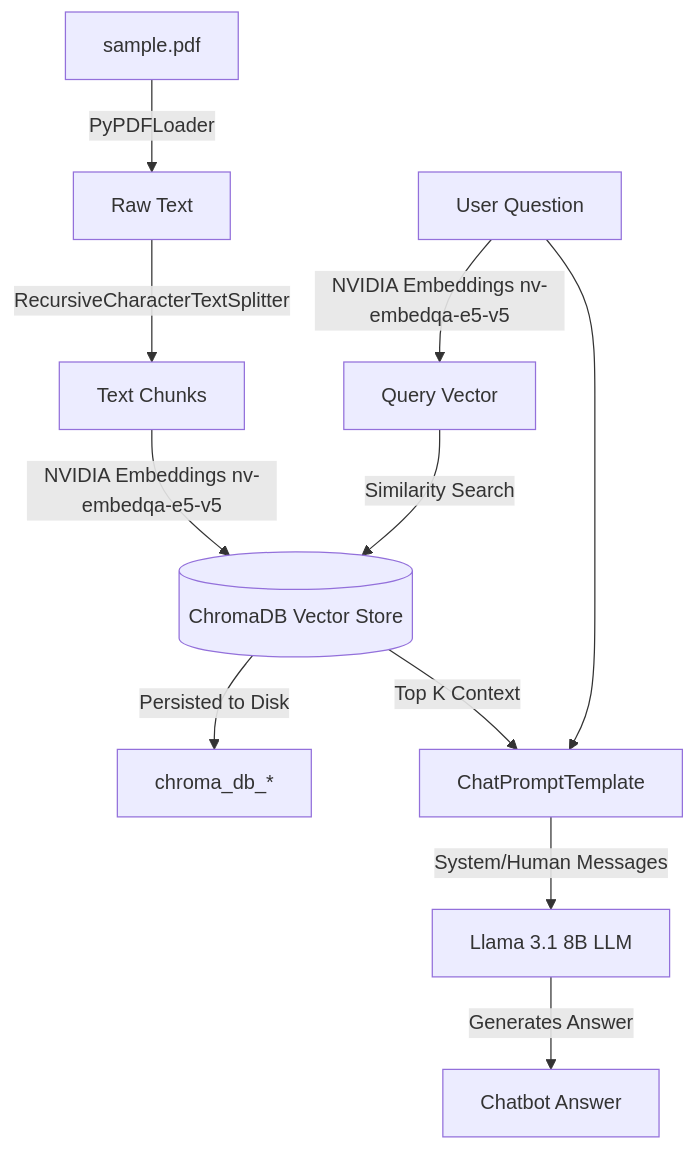
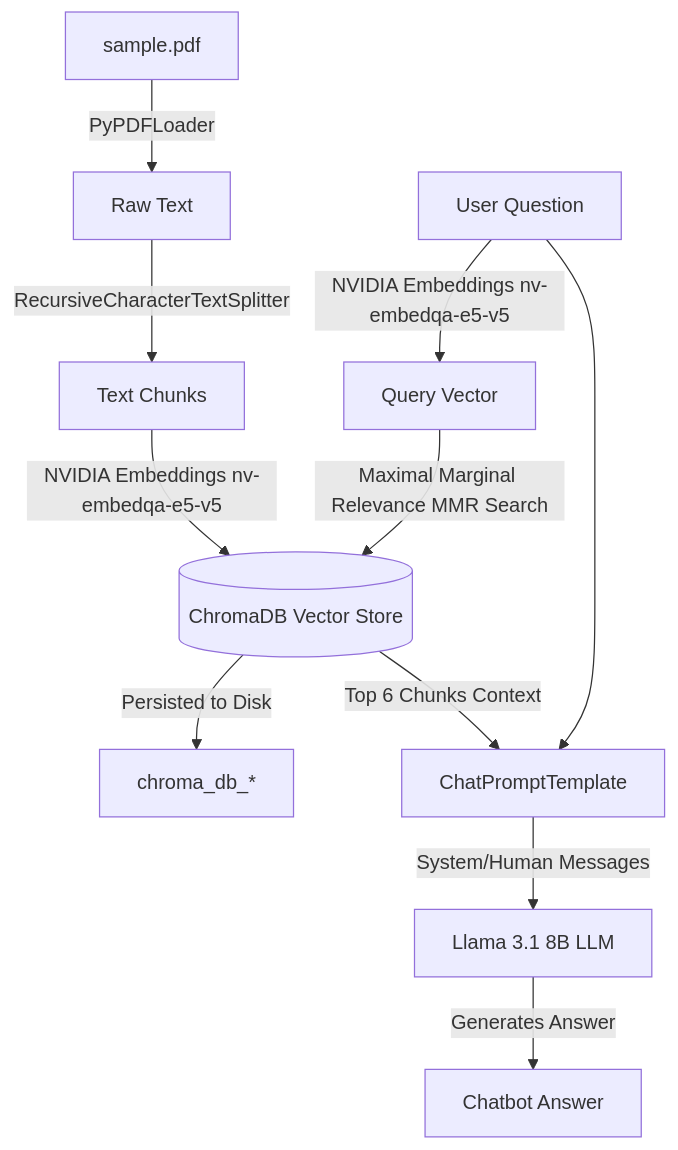
One commit to ANAGHAKTP/pdf_qa_chatbot changed the diagram in README.md. Above: the diagram before and after it, drawn with Mermaid. The commit also changed other lines of this file and 1 other file, not shown here.

Commit message:
docs: update features, structure, setup commands, and RAG architecture; set app.py retriever to MMR with k=6

````diff
--- a/README.md
+++ b/README.md
@@ -83,14 +97,14 @@
 ```mermaid
 graph TD
     A[sample.pdf] -->|PyPDFLoader| B[Raw Text]
     B -->|RecursiveCharacterTextSplitter| C[Text Chunks]
     C -->|NVIDIA Embeddings nv-embedqa-e5-v5| D[(ChromaDB Vector Store)]
     D -->|Persisted to Disk| E[chroma_db_*]
     
     F[User Question] -->|NVIDIA Embeddings nv-embedqa-e5-v5| G[Query Vector]
-    G -->|Similarity Search| D
-    D -->|Top K Context| H[ChatPromptTemplate]
+    G -->|Maximal Marginal Relevance MMR Search| D
+    D -->|Top 6 Chunks Context| H[ChatPromptTemplate]
     F --> H
     H -->|System/Human Messages| I[Llama 3.1 8B LLM]
     I -->|Generates Answer| J[Chatbot Answer]
 ```
````
